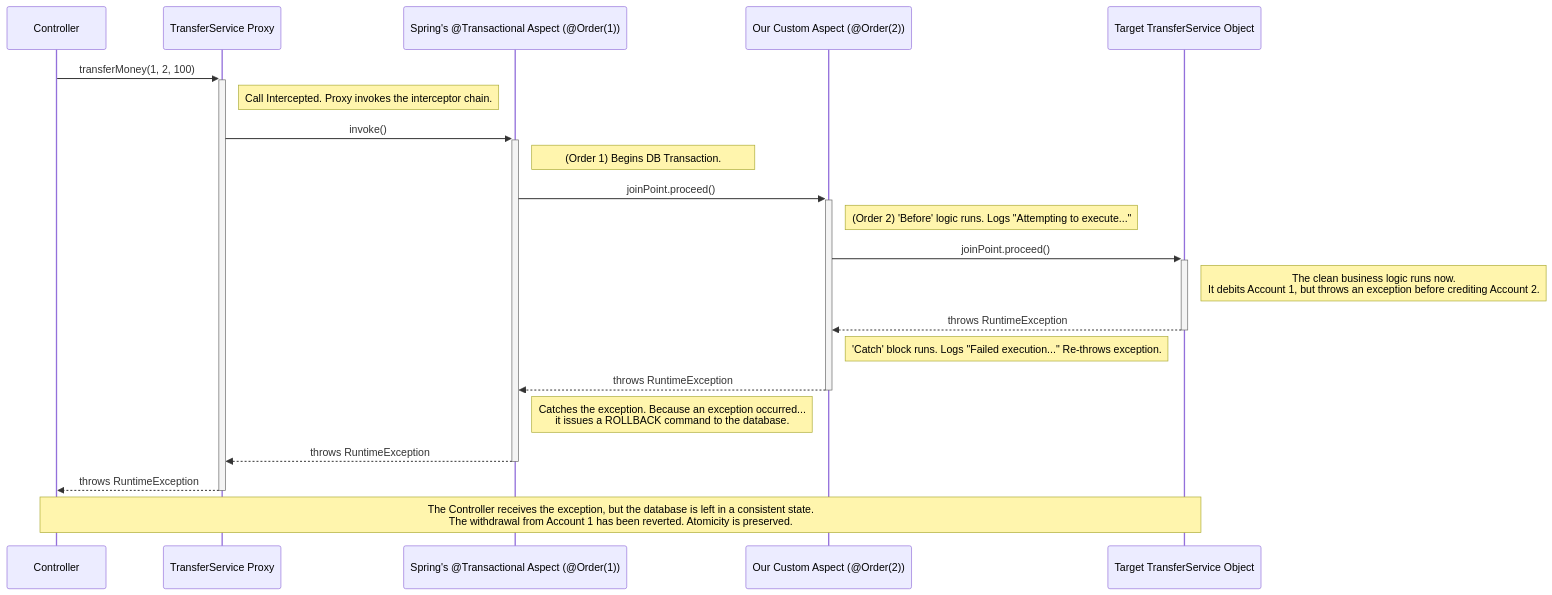
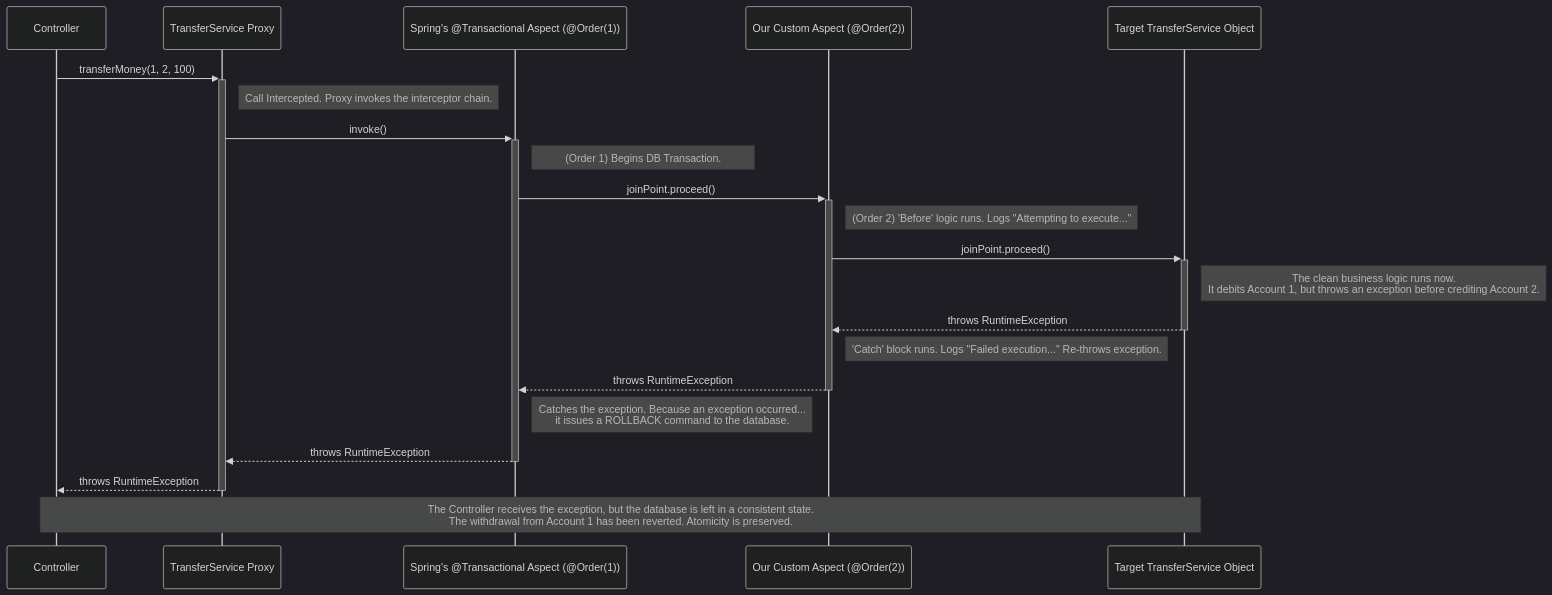
The diagram in src/content/docs/springboot/projectdocs/aop-code-example.md (Ashjha75/MyDocs), drawn with Mermaid before and after one commit. The commit also changed 1 other file, not shown here.

Commit message:
Refactor: Update AOP documentation titles and enhance Mermaid diagrams with dark theme for improved readability

````diff
--- a/src/content/docs/springboot/projectdocs/aop-code-example.md
+++ b/src/content/docs/springboot/projectdocs/aop-code-example.md
@@ -189,38 +189,42 @@
 ```mermaid
+---
+config:
+  theme: dark
+---
 sequenceDiagram
     participant Controller
     participant ServiceProxy as TransferService Proxy
     participant TransactionInterceptor as Spring's @Transactional Aspect (@Order(1))
     participant AuditLogAspect as Our Custom Aspect (@Order(2))
     participant RealService as Target TransferService Object
 
     Controller->>+ServiceProxy: transferMoney(1, 2, 100)
 
     Note right of ServiceProxy: Call Intercepted. Proxy invokes the interceptor chain.
     
     ServiceProxy->>+TransactionInterceptor: invoke()
 
     Note right of TransactionInterceptor: (Order 1) Begins DB Transaction.
 
     TransactionInterceptor->>+AuditLogAspect: joinPoint.proceed()
     
     Note right of AuditLogAspect: (Order 2) 'Before' logic runs. Logs "Attempting to execute..."
     
     AuditLogAspect->>+RealService: joinPoint.proceed()
 
     Note right of RealService: The clean business logic runs now.<br/>It debits Account 1, but throws an exception before crediting Account 2.
 
     RealService-->>-AuditLogAspect: throws RuntimeException
     
     Note right of AuditLogAspect: 'Catch' block runs. Logs "Failed execution..." Re-throws exception.
     
     AuditLogAspect-->>-TransactionInterceptor: throws RuntimeException
 
     Note right of TransactionInterceptor: Catches the exception. Because an exception occurred...<br/>it issues a ROLLBACK command to the database.
 
     TransactionInterceptor-->>-ServiceProxy: throws RuntimeException
     
     ServiceProxy-->>-Controller: throws RuntimeException
 
     Note over Controller,RealService: The Controller receives the exception, but the database is left in a consistent state.<br/>The withdrawal from Account 1 has been reverted. Atomicity is preserved.
 ```
````
